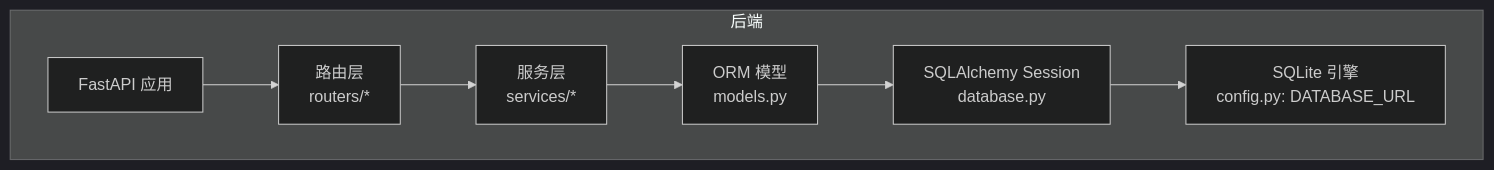
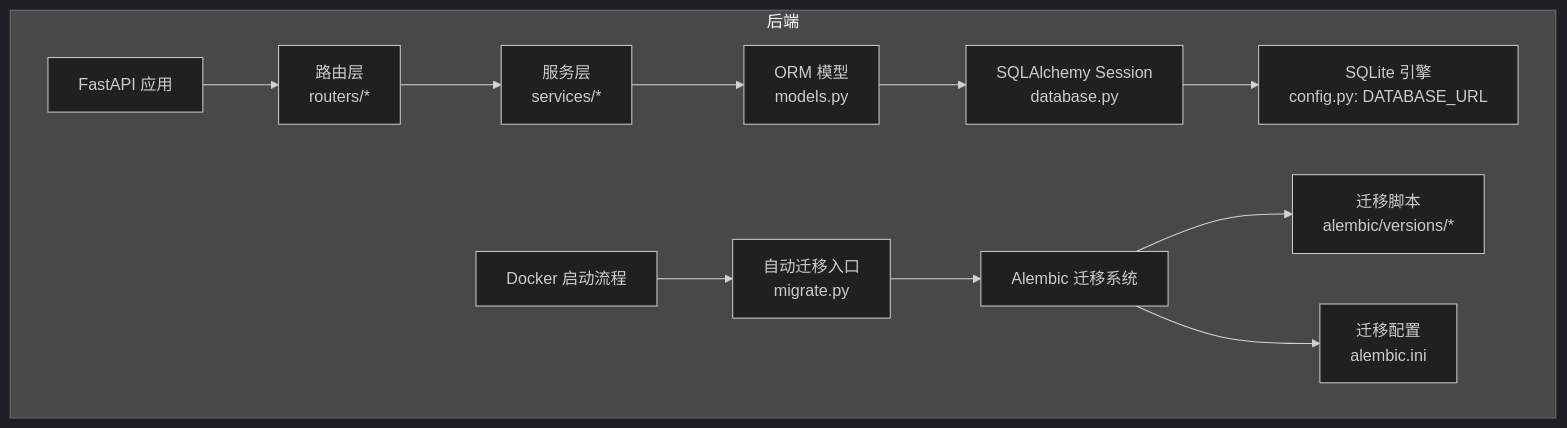
One commit to onebody/homework changed the first of 10 diagrams in .qoder/repowiki/zh/content/数据库设计/数据库设计.md. Above: the diagram before and after it, drawn with Mermaid (dark theme). The commit also changed other lines of this file and 9 other files, not shown here.

````diff
--- a/.qoder/repowiki/zh/content/数据库设计/数据库设计.md
+++ b/.qoder/repowiki/zh/content/数据库设计/数据库设计.md
@@ -48,10 +54,14 @@
 ```mermaid
 graph TB
 subgraph "后端"
 A["FastAPI 应用"] --> B["路由层<br/>routers/*"]
 B --> C["服务层<br/>services/*"]
 C --> D["ORM 模型<br/>models.py"]
 D --> E["SQLAlchemy Session<br/>database.py"]
 E --> F["SQLite 引擎<br/>config.py: DATABASE_URL"]
+G["Alembic 迁移系统"] --> H["迁移脚本<br/>alembic/versions/*"]
+G --> I["迁移配置<br/>alembic.ini"]
+J["自动迁移入口<br/>migrate.py"] --> G
+K["Docker 启动流程"] --> J
 end
 ```
````
